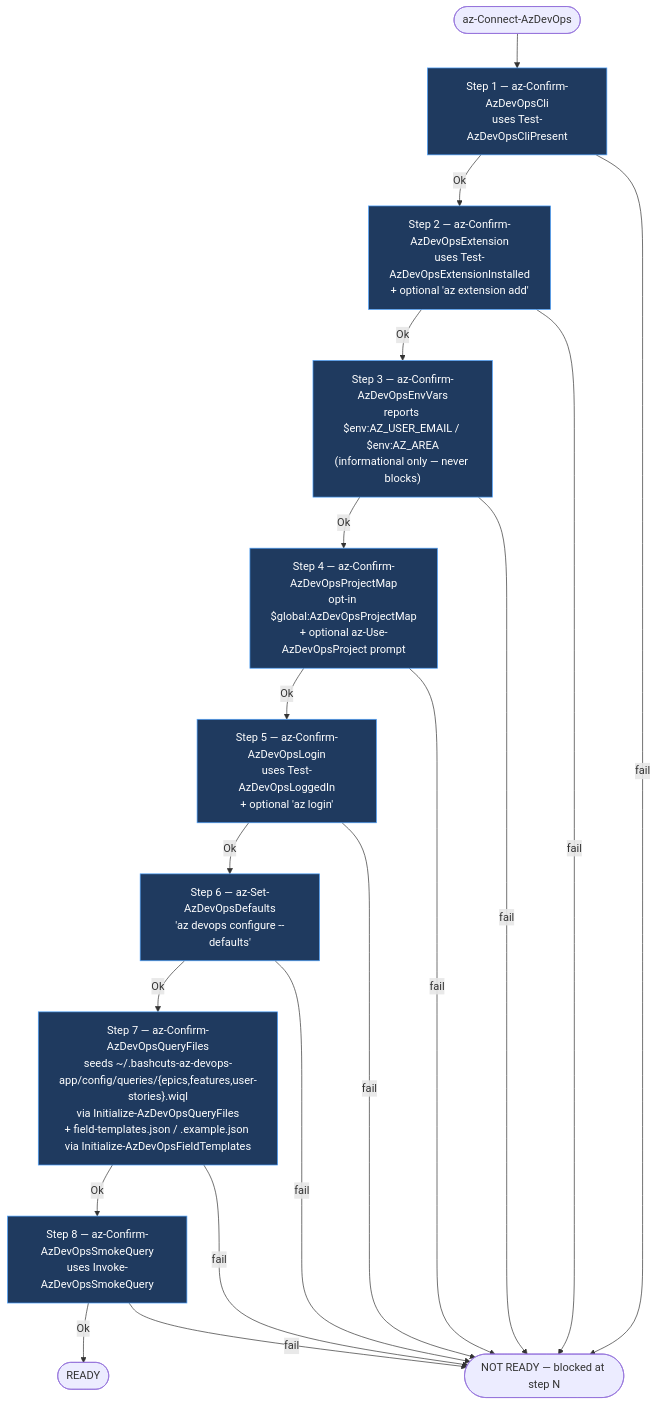
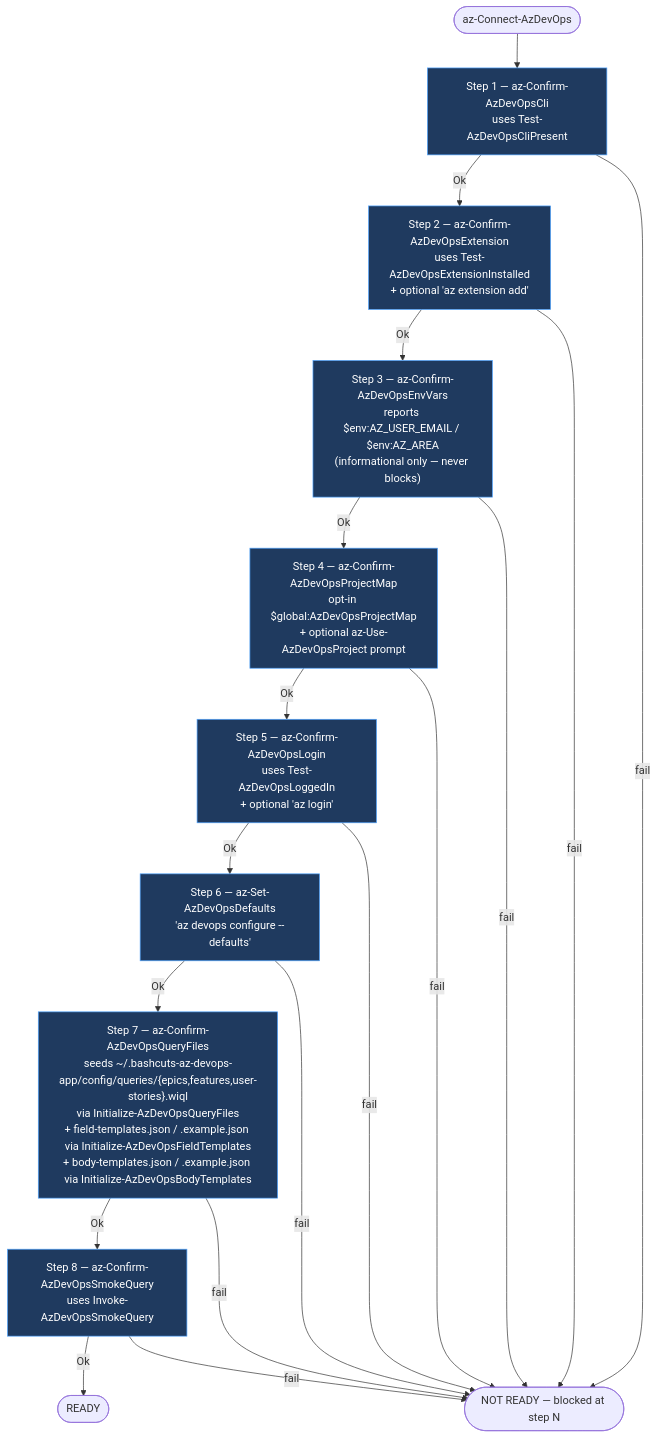
One commit to jdschleicher/bashcuts changed the second of 15 diagrams in docs/azure-devops-diagrams.md. Above: the diagram before and after it, drawn with Mermaid. The commit also changed other lines of this file, not shown here.

First line of the commit message:
docs(azdevops-diagrams): reflect custom body-template surface

````diff
--- a/docs/azure-devops-diagrams.md
+++ b/docs/azure-devops-diagrams.md
@@ -201,37 +201,37 @@
 ```mermaid
 flowchart TD
     Start([az-Connect-AzDevOps]) --> S1
 
     S1["Step 1 — az-Confirm-AzDevOpsCli<br/>uses Test-AzDevOpsCliPresent"]
     S2["Step 2 — az-Confirm-AzDevOpsExtension<br/>uses Test-AzDevOpsExtensionInstalled<br/>+ optional 'az extension add'"]
     S3["Step 3 — az-Confirm-AzDevOpsEnvVars<br/>reports $env:AZ_USER_EMAIL / $env:AZ_AREA<br/>(informational only — never blocks)"]
     S4["Step 4 — az-Confirm-AzDevOpsProjectMap<br/>opt-in $global:AzDevOpsProjectMap<br/>+ optional az-Use-AzDevOpsProject prompt"]
     S5["Step 5 — az-Confirm-AzDevOpsLogin<br/>uses Test-AzDevOpsLoggedIn<br/>+ optional 'az login'"]
     S6["Step 6 — az-Set-AzDevOpsDefaults<br/>'az devops configure --defaults'"]
-    S7["Step 7 — az-Confirm-AzDevOpsQueryFiles<br/>seeds ~/.bashcuts-az-devops-app/config/queries/{epics,features,user-stories}.wiql<br/>via Initialize-AzDevOpsQueryFiles<br/>+ field-templates.json / .example.json via Initialize-AzDevOpsFieldTemplates"]
+    S7["Step 7 — az-Confirm-AzDevOpsQueryFiles<br/>seeds ~/.bashcuts-az-devops-app/config/queries/{epics,features,user-stories}.wiql<br/>via Initialize-AzDevOpsQueryFiles<br/>+ field-templates.json / .example.json via Initialize-AzDevOpsFieldTemplates<br/>+ body-templates.json / .example.json via Initialize-AzDevOpsBodyTemplates"]
     S8["Step 8 — az-Confirm-AzDevOpsSmokeQuery<br/>uses Invoke-AzDevOpsSmokeQuery"]
 
     Ready([READY])
     NotReady([NOT READY — blocked at step N])
 
     S1 -- Ok --> S2
     S2 -- Ok --> S3
     S3 -- Ok --> S4
     S4 -- Ok --> S5
     S5 -- Ok --> S6
     S6 -- Ok --> S7
     S7 -- Ok --> S8
     S8 -- Ok --> Ready
 
     S1 -- fail --> NotReady
     S2 -- fail --> NotReady
     S3 -- fail --> NotReady
     S4 -- fail --> NotReady
     S5 -- fail --> NotReady
     S6 -- fail --> NotReady
     S7 -- fail --> NotReady
     S8 -- fail --> NotReady
 
     classDef step fill:#1f3a5f,stroke:#4ea3ff,color:#fff
     class S1,S2,S3,S4,S5,S6,S7,S8 step
 ```
````
